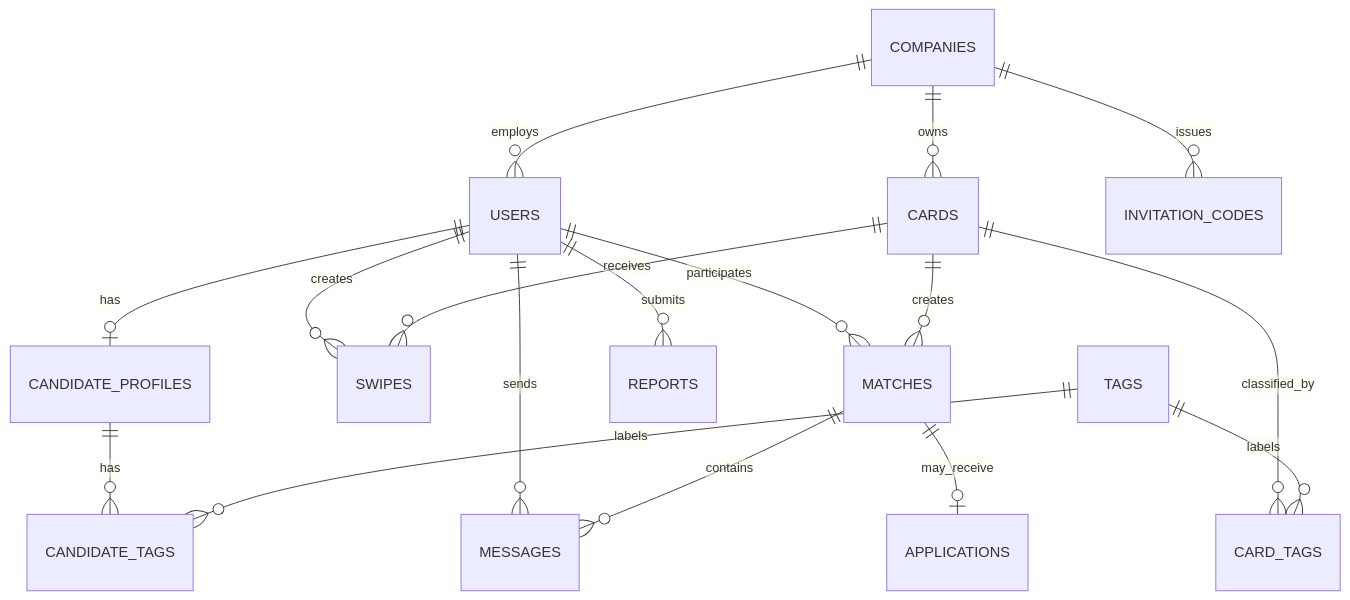
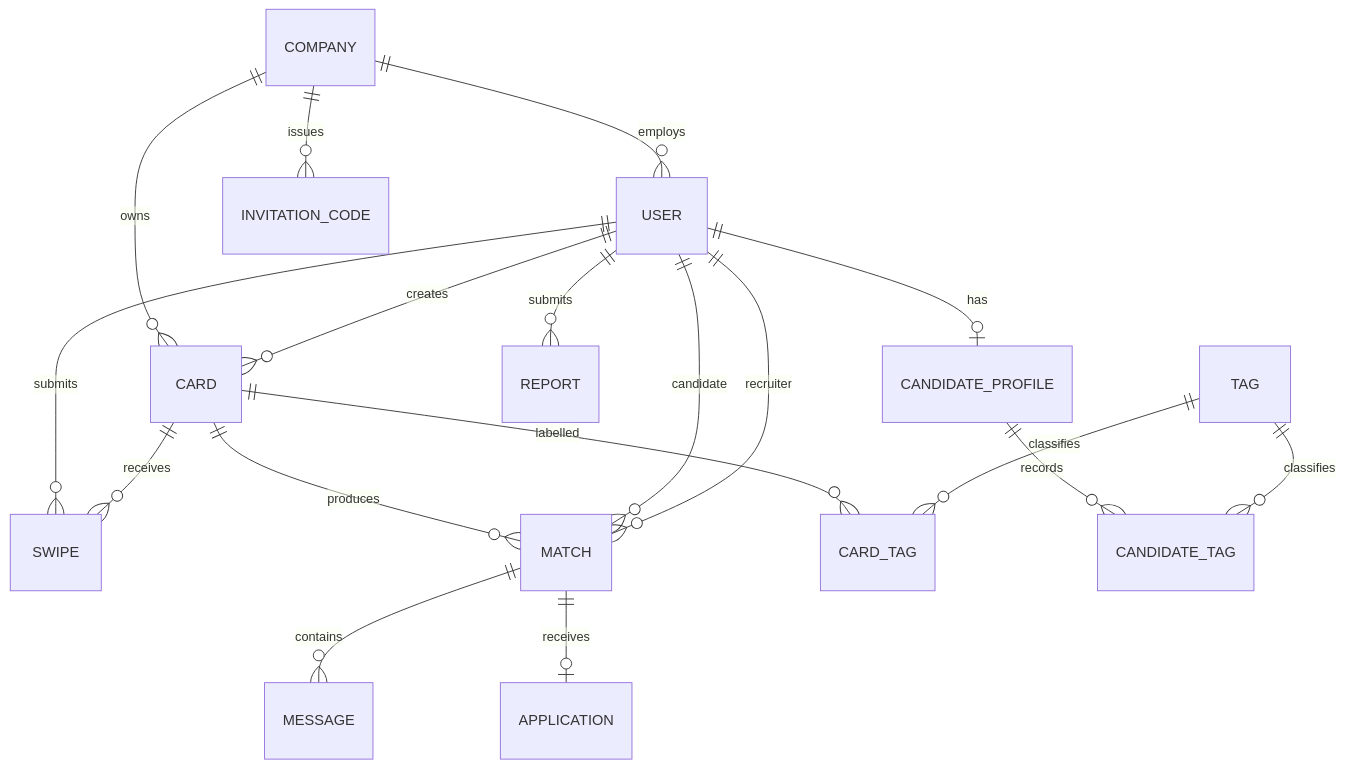
The fourth of 5 diagrams in docs/design/New SAD v1.0.md (bhsei/26A), drawn with Mermaid before and after one commit. The commit also changed other lines of this file, not shown here.

First line of the commit message:
W10 - SAD design v1.6; add AdoptAJob Software Architecture Document

````diff
--- a/docs/design/New SAD v1.0.md
+++ b/docs/design/New SAD v1.0.md
@@ -783,19 +470,20 @@
-``` mermaid
+```mermaid
 erDiagram
-  COMPANIES ||--o{ USERS : employs
-  COMPANIES ||--o{ CARDS : owns
-  COMPANIES ||--o{ INVITATION_CODES : issues
-  USERS ||--o| CANDIDATE_PROFILES : has
-  USERS ||--o{ SWIPES : creates
-  USERS ||--o{ MATCHES : participates
-  USERS ||--o{ MESSAGES : sends
-  USERS ||--o{ REPORTS : submits
-  CARDS ||--o{ SWIPES : receives
-  CARDS ||--o{ MATCHES : creates
-  CARDS ||--o{ CARD_TAGS : classified_by
-  TAGS ||--o{ CARD_TAGS : labels
-  CANDIDATE_PROFILES ||--o{ CANDIDATE_TAGS : has
-  TAGS ||--o{ CANDIDATE_TAGS : labels
-  MATCHES ||--o{ MESSAGES : contains
-  MATCHES ||--o| APPLICATIONS : may_receive
+  COMPANY ||--o{ USER : employs
+  COMPANY ||--o{ CARD : owns
+  COMPANY ||--o{ INVITATION_CODE : issues
+  USER ||--o| CANDIDATE_PROFILE : has
+  USER ||--o{ CARD : creates
+  USER ||--o{ SWIPE : submits
+  CARD ||--o{ SWIPE : receives
+  CARD ||--o{ MATCH : produces
+  USER ||--o{ MATCH : candidate
+  USER ||--o{ MATCH : recruiter
+  MATCH ||--o{ MESSAGE : contains
+  MATCH ||--o| APPLICATION : receives
+  USER ||--o{ REPORT : submits
+  CARD ||--o{ CARD_TAG : labelled
+  TAG ||--o{ CARD_TAG : classifies
+  CANDIDATE_PROFILE ||--o{ CANDIDATE_TAG : records
+  TAG ||--o{ CANDIDATE_TAG : classifies
 ```
````
